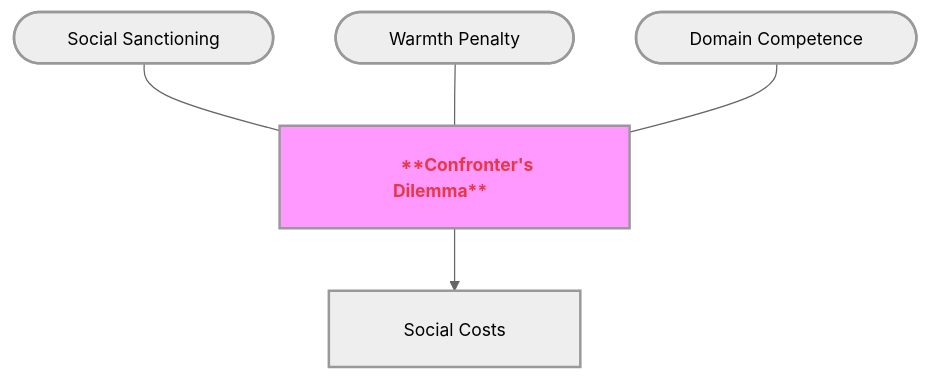
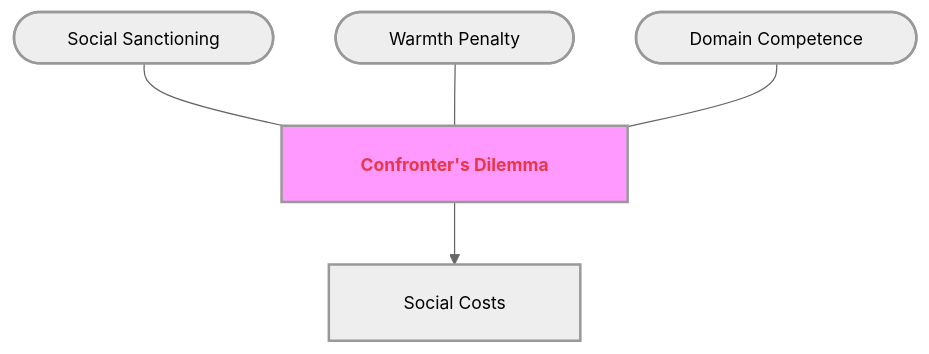
One commit to GM024/CourseSummaries changed the fourth of 8 diagrams in Communication_Influence/Mastery_Guide_SOW_BS033.md. Above: the diagram before and after it, drawn with Mermaid. The commit also changed other lines of this file, not shown here.

Commit message:
Fix: Replace MD bold with HTML <b> for Mermaid compatibility

````diff
--- a/Communication_Influence/Mastery_Guide_SOW_BS033.md
+++ b/Communication_Influence/Mastery_Guide_SOW_BS033.md
@@ -138,14 +138,14 @@
 ```mermaid
 %%{init: { 'flowchart': { 'padding': 20, 'nodeSpacing': 50, 'rankSpacing': 50, 'useMaxWidth': false }, 'theme': 'neutral', 'themeVariables': { 'fontSize': '14px' }}}%%
 graph TD
-    Hub["&nbsp;&nbsp;&nbsp;&nbsp;&nbsp;&nbsp; <span style='color:#e63946'>**Confronter's Dilemma**</span> &nbsp;&nbsp;&nbsp;&nbsp;&nbsp;&nbsp;"]:::hubNode
+    Hub["&nbsp;&nbsp;&nbsp;&nbsp;&nbsp;&nbsp; <span style='color:#e63946'><b>Confronter's Dilemma</b></span> &nbsp;&nbsp;&nbsp;&nbsp;&nbsp;&nbsp;"]:::hubNode
     
     S1(["&nbsp;&nbsp;&nbsp;&nbsp;&nbsp;&nbsp; Social Sanctioning &nbsp;&nbsp;&nbsp;&nbsp;&nbsp;&nbsp;"]) --- Hub
     S2(["&nbsp;&nbsp;&nbsp;&nbsp;&nbsp;&nbsp; Warmth Penalty &nbsp;&nbsp;&nbsp;&nbsp;&nbsp;&nbsp;"]) --- Hub
     S3(["&nbsp;&nbsp;&nbsp;&nbsp;&nbsp;&nbsp; Domain Competence &nbsp;&nbsp;&nbsp;&nbsp;&nbsp;&nbsp;"]) --- Hub
     
     Hub --> B1["&nbsp;&nbsp;&nbsp;&nbsp; Social Costs &nbsp;&nbsp;&nbsp;&nbsp;"]
     
     classDef hubNode font-weight:bold,stroke-width:2px,fill:#f9f;
     classDef default stroke-width:2px;
 ```
````
